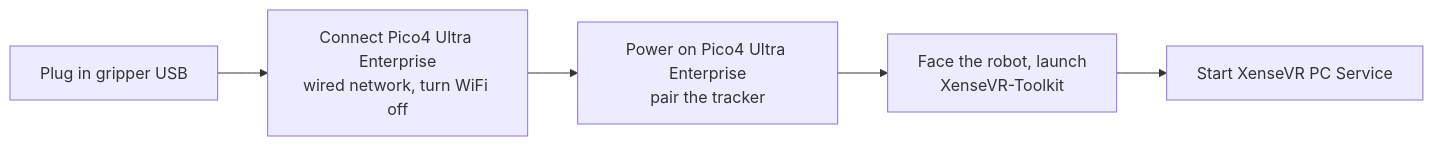
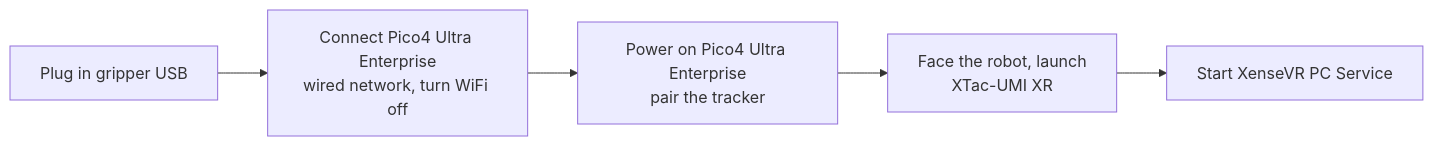
One commit to Vertax42/taccap-gripper-docs changed the diagram in docs/quickstart.en.md. Above: the diagram before and after it, drawn with Mermaid. The commit also changed other lines of this file and 6 other files, not shown here.

First line of the commit message:
docs: rename XenseVR-Toolkit to XTac-UMI XR

````diff
--- a/docs/quickstart.en.md
+++ b/docs/quickstart.en.md
@@ -30,4 +30,4 @@
 ```mermaid
 flowchart LR
-    A[Plug in gripper USB] --> N[Connect Pico4 Ultra Enterprise<br/>wired network, turn WiFi off] --> B[Power on Pico4 Ultra Enterprise<br/>pair the tracker] --> C[Face the robot, launch<br/>XenseVR-Toolkit] --> D[Start XenseVR PC Service]
+    A[Plug in gripper USB] --> N[Connect Pico4 Ultra Enterprise<br/>wired network, turn WiFi off] --> B[Power on Pico4 Ultra Enterprise<br/>pair the tracker] --> C[Face the robot, launch<br/>XTac-UMI XR] --> D[Start XenseVR PC Service]
 ```
````
